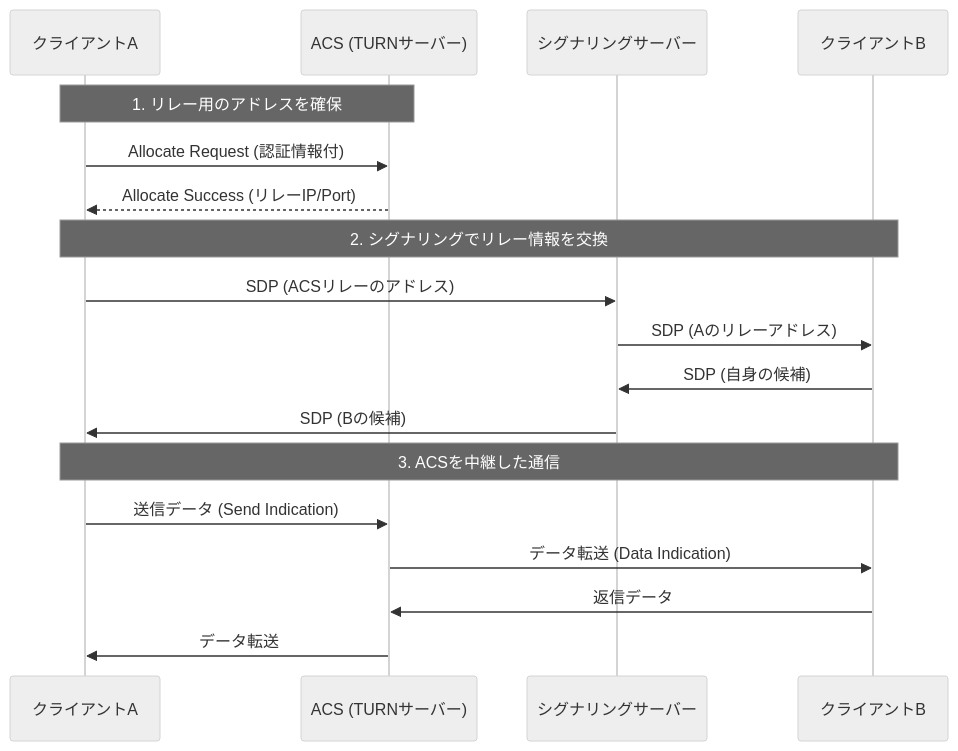
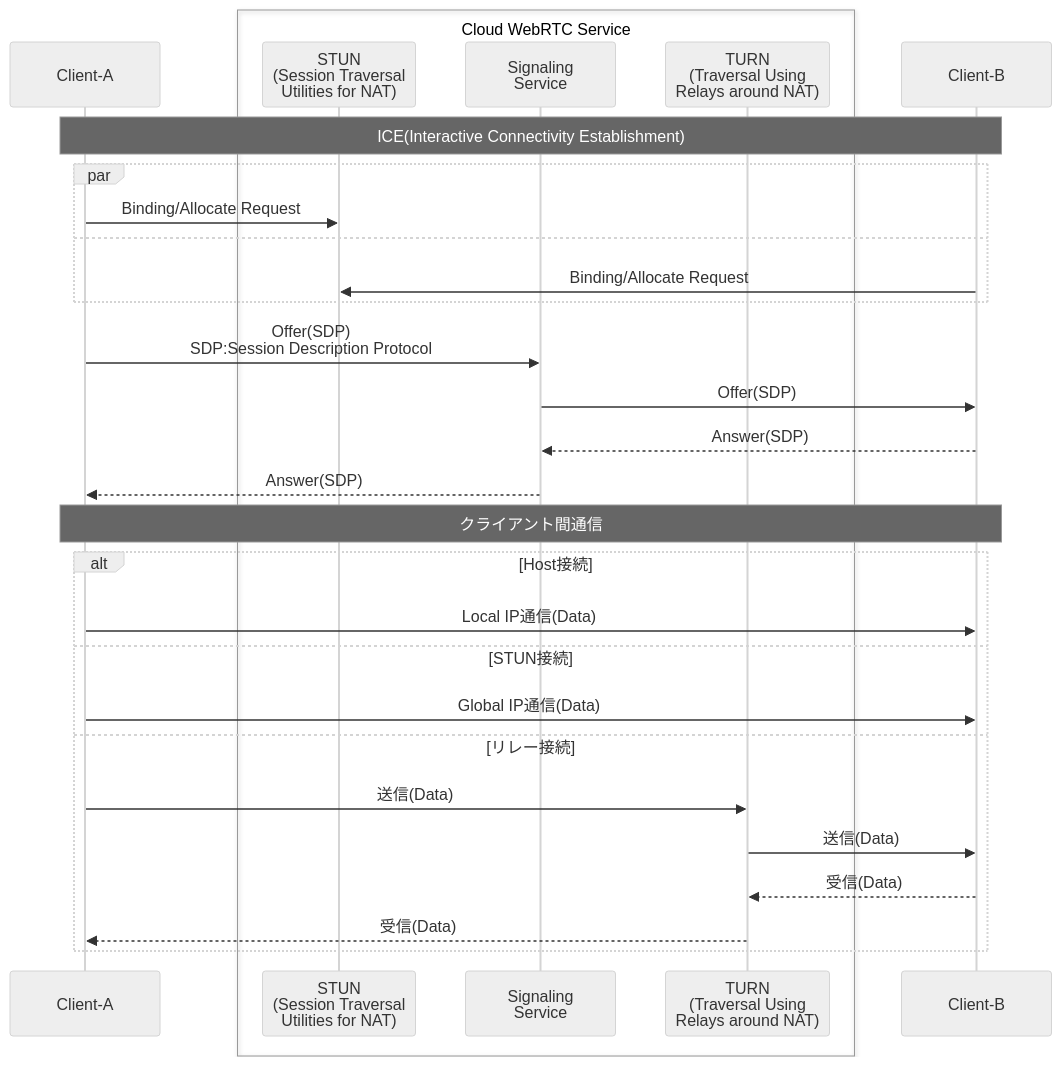
One commit to kyoya-p/samples changed the diagram in 2026/WebRTC/Readme.md. Above: the diagram before and after it, drawn with Mermaid (neutral theme). The commit also changed other lines of this file and 1 other file, not shown here.

````diff
--- a/2026/WebRTC/Readme.md
+++ b/2026/WebRTC/Readme.md
@@ -34,23 +3,35 @@
- ```mermaid
- sequenceDiagram
-     participant A as クライアントA
-     participant ACS as ACS (TURNサーバー)
-     participant SIG as シグナリングサーバー
-     participant B as クライアントB
+```mermaid
+sequenceDiagram
+    participant A as Client-A
+    box Cloud WebRTC Service
+        participant Srv as STUN<br>(Session Traversal<br>Utilities for NAT)
+        participant SIG as Signaling<br>Service
+        participant turn as TURN<br>(Traversal Using <br>Relays around NAT)
+    end
+    participant B as Client-B
 
-     Note over A, ACS: 1. リレー用のアドレスを確保
-     A->>ACS: Allocate Request (認証情報付)
-     ACS-->>A: Allocate Success (リレーIP/Port)
+    Note over A, B: ICE(Interactive Connectivity Establishment)
+    par
+        A->>Srv: Binding/Allocate Request
+    and
+        B->>Srv: Binding/Allocate Request
+    end
 
-     Note over A, B: 2. シグナリングでリレー情報を交換
-     A->>SIG: SDP (ACSリレーのアドレス)
-     SIG->>B: SDP (Aのリレーアドレス)
-     B->>SIG: SDP (自身の候補)
-     SIG->>A: SDP (Bの候補)
+    A->>SIG: Offer(SDP)<br>SDP:Session Description Protocol
+    SIG->>B: Offer(SDP)
+    B-->>SIG: Answer(SDP)
+    SIG-->>A: Answer(SDP)
 
-     Note over A, B: 3. ACSを中継した通信
-     A->>ACS: 送信データ (Send Indication)
-     ACS->>B: データ転送 (Data Indication)
-     B->>ACS: 返信データ
-     ACS->>A: データ転送
+    Note over A, B: クライアント間通信
+
+    alt Host接続
+        A->>B: Local IP通信(Data)
+    else STUN接続
+        A->>B: Global IP通信(Data)
+    else リレー接続
+        A ->> turn: 送信(Data)
+        turn ->> B: 送信(Data)
+        B -->> turn: 受信(Data)
+        turn -->> A:  受信(Data)
+    end
 ```
````
